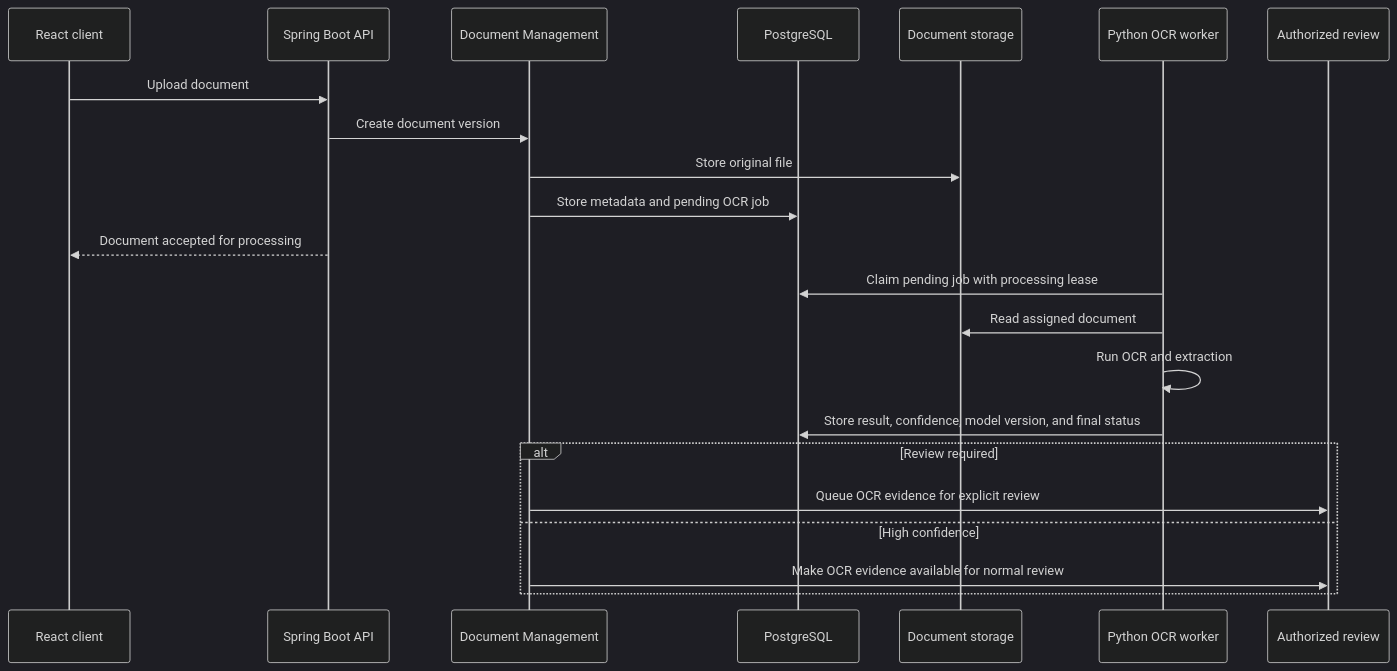
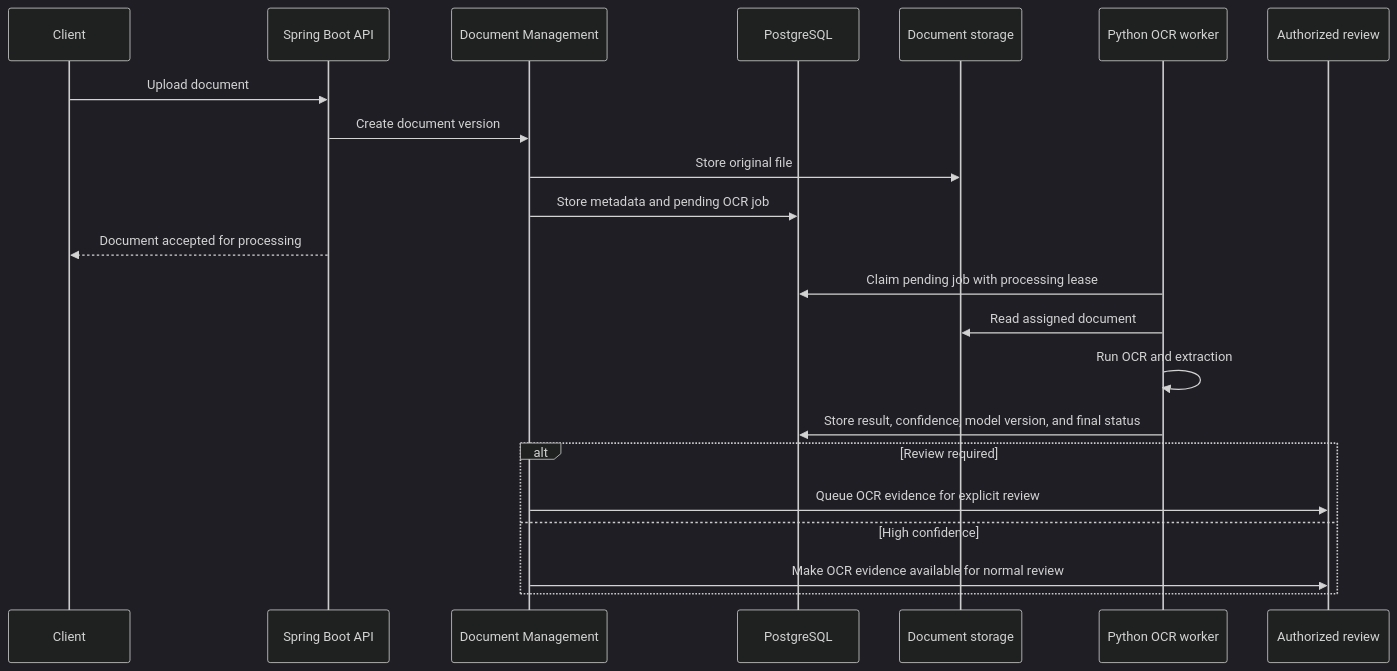
The second of 2 diagrams in docs/architecture/MER-ARCH-005-ocr-architecture.md (dongduy-dev/meridian-finance), drawn with Mermaid (dark theme) before and after one commit. The commit also changed other lines of this file and 11 other files, not shown here.

````diff
--- a/docs/architecture/MER-ARCH-005-ocr-architecture.md
+++ b/docs/architecture/MER-ARCH-005-ocr-architecture.md
@@ -132,27 +132,27 @@
 ```mermaid
 sequenceDiagram
-    participant Client as React client
+    participant Client as Client
     participant API as Spring Boot API
     participant Document as Document Management
     participant DB as PostgreSQL
     participant Storage as Document storage
     participant OCR as Python OCR worker
     participant Review as Authorized review
 
     Client->>API: Upload document
     API->>Document: Create document version
     Document->>Storage: Store original file
     Document->>DB: Store metadata and pending OCR job
     API-->>Client: Document accepted for processing
 
     OCR->>DB: Claim pending job with processing lease
     OCR->>Storage: Read assigned document
     OCR->>OCR: Run OCR and extraction
     OCR->>DB: Store result, confidence, model version, and final status
 
     alt Review required
         Document->>Review: Queue OCR evidence for explicit review
     else High confidence
         Document->>Review: Make OCR evidence available for normal review
     end
 ```
````
